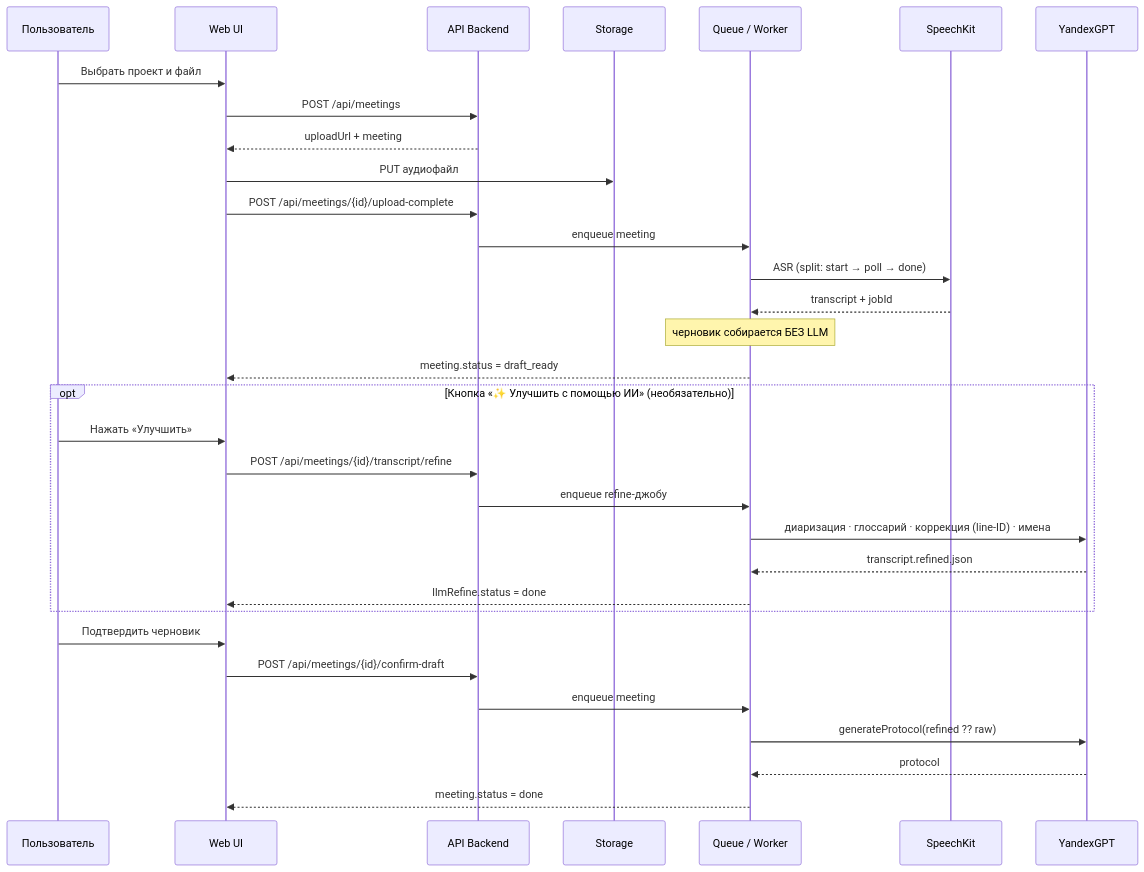
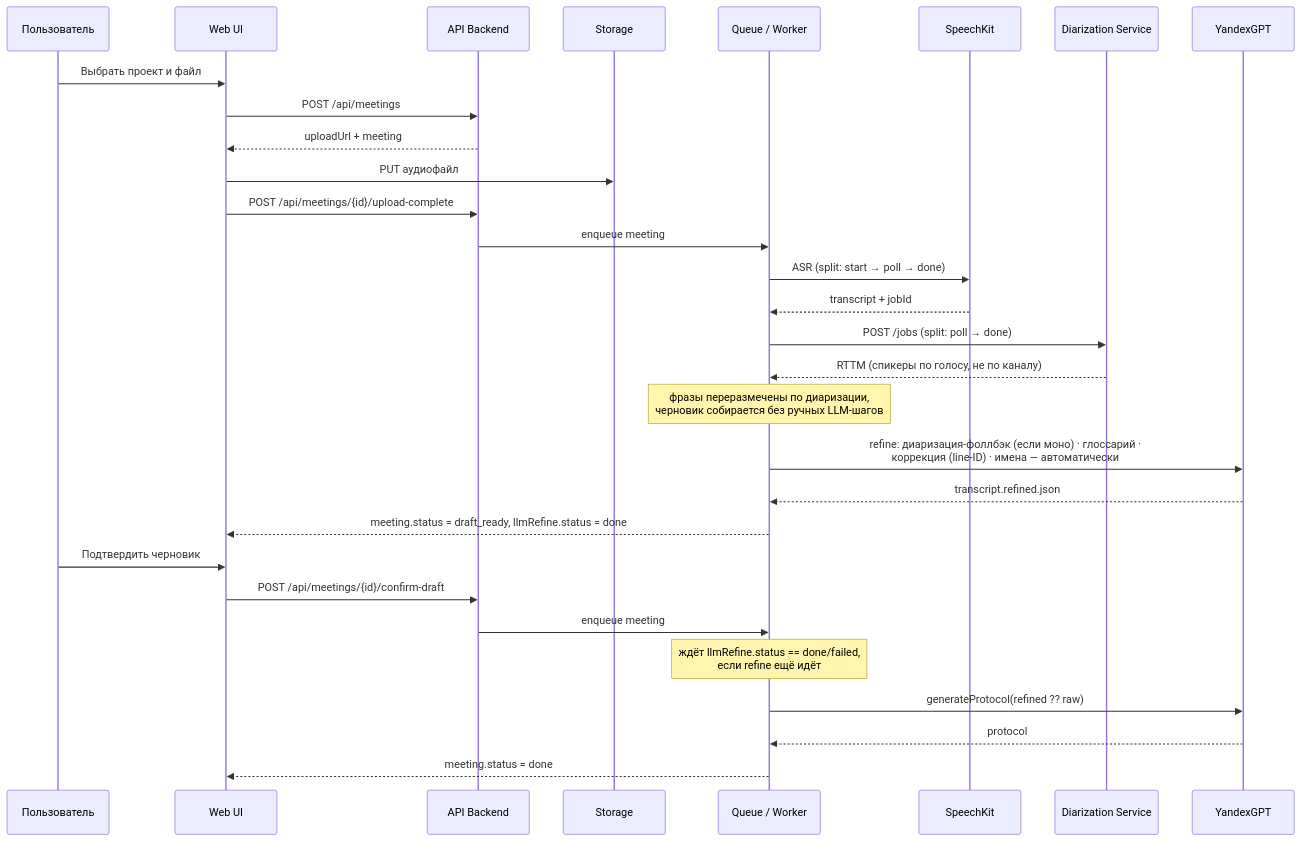
The third of 3 diagrams in docs/project-handbook/04-system-analysis/state-and-sequence.md (Gumbatali/YaSpeech-Public), drawn with Mermaid before and after one commit. The commit also changed other lines of this file and 17 other files, not shown here.

Commit message:
Add real pyannote diarization service and make LLM refine automatic

````diff
--- a/docs/project-handbook/04-system-analysis/state-and-sequence.md
+++ b/docs/project-handbook/04-system-analysis/state-and-sequence.md
@@ -33,37 +43,36 @@
 ```mermaid
 sequenceDiagram
   participant U as Пользователь
   participant W as Web UI
   participant API as API Backend
   participant S as Storage
   participant Q as Queue / Worker
   participant SS as SpeechKit
+  participant D as Diarization Service
   participant AI as YandexGPT
 
   U->>W: Выбрать проект и файл
   W->>API: POST /api/meetings
   API-->>W: uploadUrl + meeting
   W->>S: PUT аудиофайл
   W->>API: POST /api/meetings/{id}/upload-complete
   API->>Q: enqueue meeting
   Q->>SS: ASR (split: start → poll → done)
   SS-->>Q: transcript + jobId
-  Note over Q: черновик собирается БЕЗ LLM
-  Q-->>W: meeting.status = draft_ready
 
-  opt Кнопка «✨ Улучшить с помощью ИИ» (необязательно)
-    U->>W: Нажать «Улучшить»
-    W->>API: POST /api/meetings/{id}/transcript/refine
-    API->>Q: enqueue refine-джобу
-    Q->>AI: диаризация · глоссарий · коррекция (line-ID) · имена
-    AI-->>Q: transcript.refined.json
-    Q-->>W: llmRefine.status = done
-  end
+  Q->>D: POST /jobs (split: poll → done)
+  D-->>Q: RTTM (спикеры по голосу, не по каналу)
+  Note over Q: фразы переразмечены по диаризации,<br/>черновик собирается без ручных LLM-шагов
+
+  Q->>AI: refine: диаризация-фоллбэк (если моно) · глоссарий ·<br/>коррекция (line-ID) · имена — автоматически
+  AI-->>Q: transcript.refined.json
+  Q-->>W: meeting.status = draft_ready, llmRefine.status = done
 
   U->>W: Подтвердить черновик
   W->>API: POST /api/meetings/{id}/confirm-draft
   API->>Q: enqueue meeting
+  Note over Q: ждёт llmRefine.status == done/failed,<br/>если refine ещё идёт
   Q->>AI: generateProtocol(refined ?? raw)
   AI-->>Q: protocol
   Q-->>W: meeting.status = done
 ```
````
